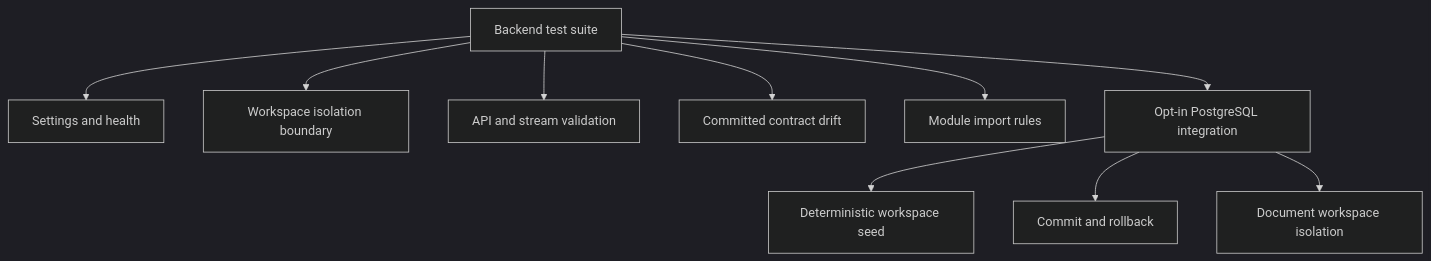
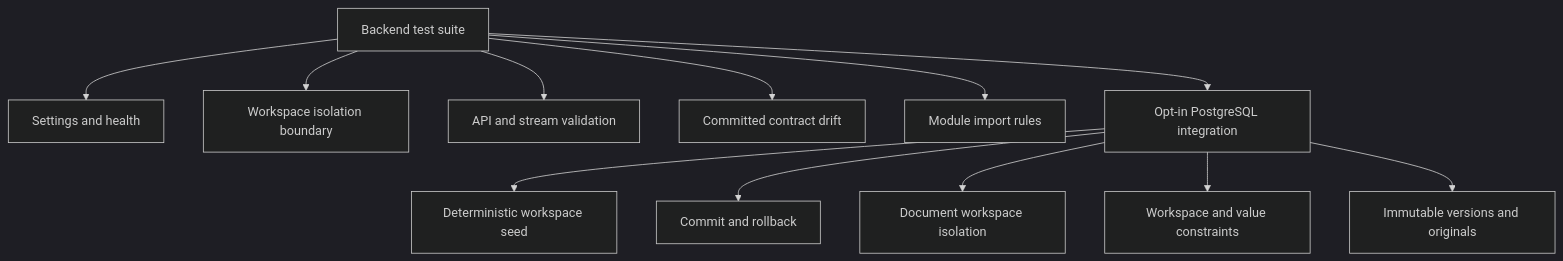
Before and after one commit to rnkraus/investment-research: the diagram in backend/tests/README.md, drawn with Mermaid (dark theme). The commit also changed other lines of this file and 1 other file, not shown here.

Commit message:
test(database): verify document constraints and immutability

````diff
--- a/backend/tests/README.md
+++ b/backend/tests/README.md
@@ -15,12 +15,14 @@
 ```mermaid
 flowchart TD
     TESTS[Backend test suite] --> RUNTIME[Settings and health]
     TESTS --> IDENTITY[Workspace isolation boundary]
     TESTS --> CONTRACTS[API and stream validation]
     TESTS --> OPENAPI[Committed contract drift]
     TESTS --> ARCH[Module import rules]
     TESTS --> POSTGRES[Opt-in PostgreSQL integration]
     POSTGRES --> SEED[Deterministic workspace seed]
     POSTGRES --> TX[Commit and rollback]
     POSTGRES --> DOCS[Document workspace isolation]
+    POSTGRES --> CONSTRAINTS[Workspace and value constraints]
+    POSTGRES --> IMMUTABLE[Immutable versions and originals]
 ```
````
